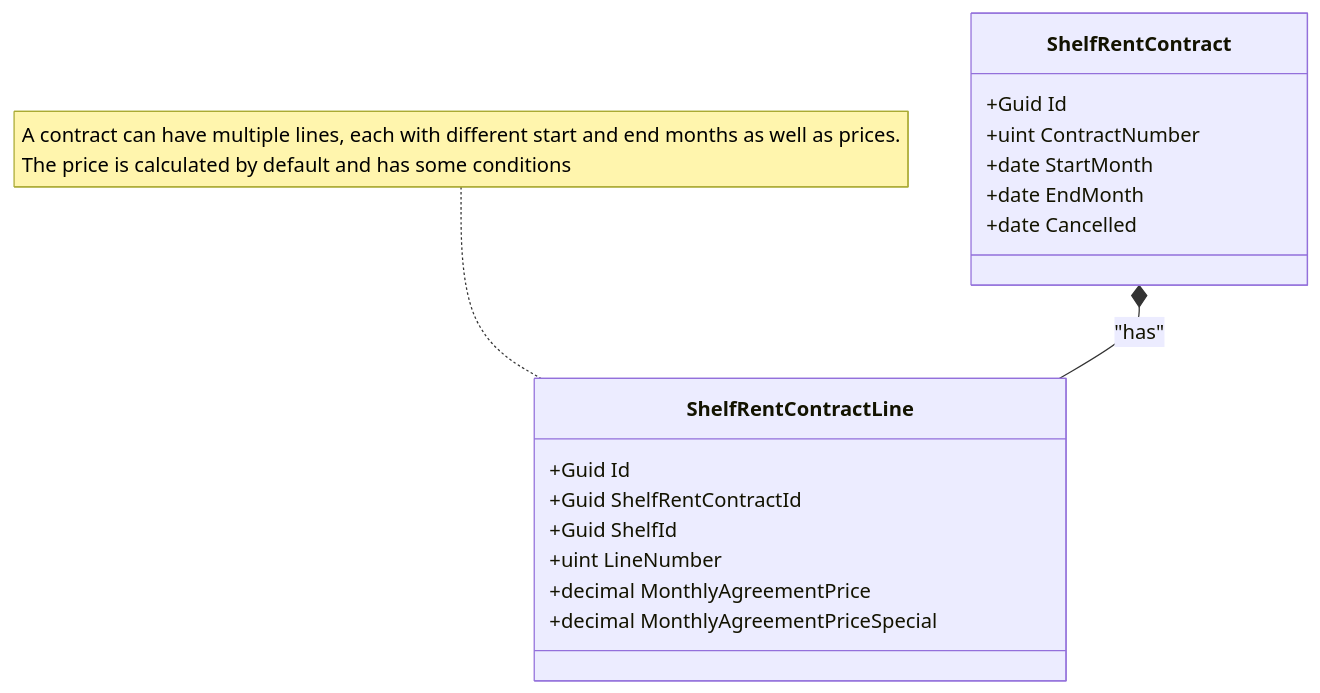
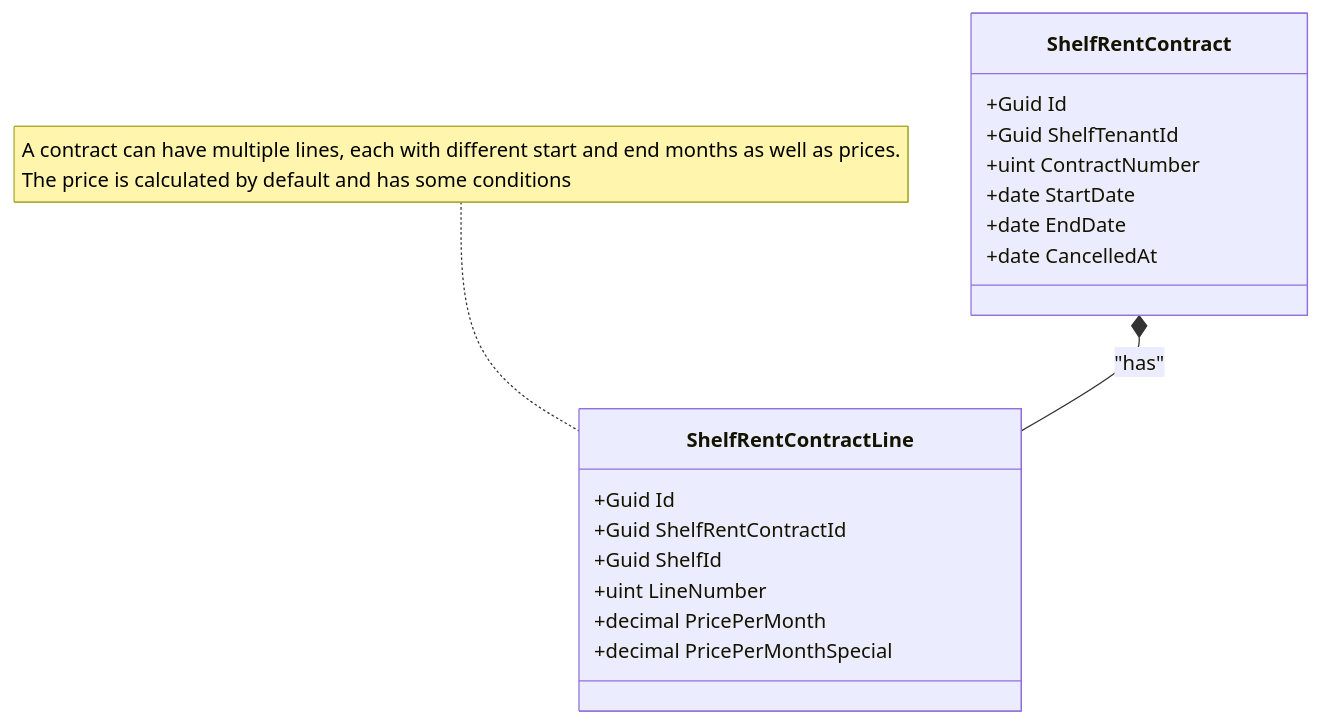
One commit to DMOoF25-TEAM11/ShelfMarket changed the diagram in docs/sprint-2/UseCase003-AdministrateShelfTenantContract/DCD.mmd. Above: the diagram before and after it, drawn with Mermaid. The commit also changed 3 other files, not shown here.

```diff
--- a/docs/sprint-2/UseCase003-AdministrateShelfTenantContract/DCD.mmd
+++ b/docs/sprint-2/UseCase003-AdministrateShelfTenantContract/DCD.mmd
@@ -1,21 +1,22 @@
 classDiagram
     class ShelfRentContract {
         +Guid Id
+        +Guid ShelfTenantId
         +uint ContractNumber
-        +date StartMonth
-        +date EndMonth
-        +date Cancelled
+        +date StartDate
+        +date EndDate
+        +date CancelledAt
     }
 
     class ShelfRentContractLine {
         +Guid Id
         +Guid ShelfRentContractId
         +Guid ShelfId
         +uint LineNumber
-        +decimal MonthlyAgreementPrice
-        +decimal MonthlyAgreementPriceSpecial
+        +decimal PricePerMonth
+        +decimal PricePerMonthSpecial
     }
 
 ShelfRentContract *-- ShelfRentContractLine : "has"
 
 note for ShelfRentContractLine "A contract can have multiple lines, each with different start and end months as well as prices.<br>The price is calculated by default and has some conditions"
```
